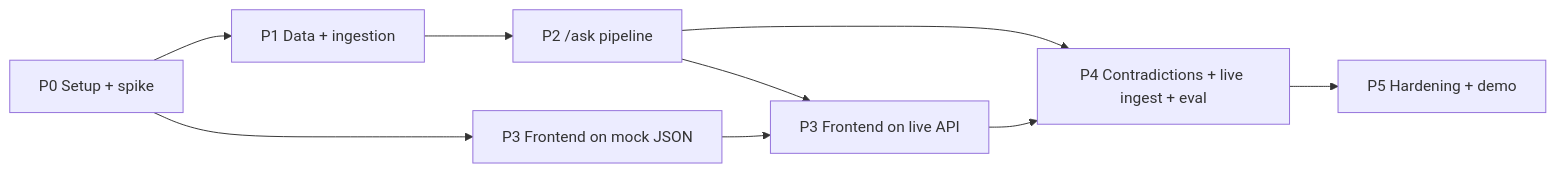
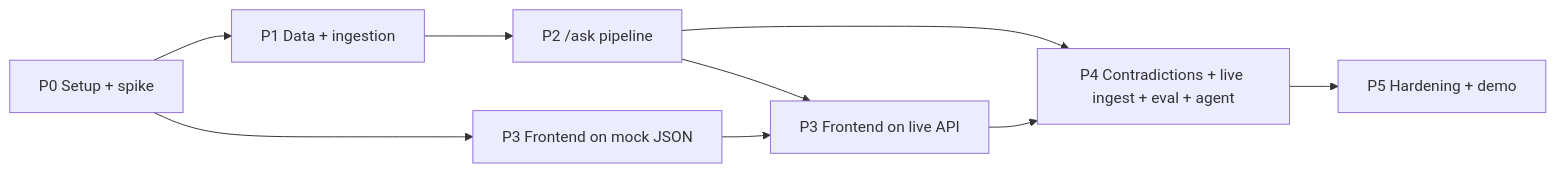
The diagram in docs/plan.md (icyzh/cognee_brain), drawn with Mermaid before and after one commit. The commit also changed other lines of this file and 1 other file, not shown here.

First line of the commit message:
Plan: add P4 agent access (MCP tool wrapping /ask)

````diff
--- a/docs/plan.md
+++ b/docs/plan.md
@@ -94,11 +94,11 @@
 ```mermaid
 flowchart LR
     P0["P0 Setup + spike"] --> P1["P1 Data + ingestion"]
     P1 --> P2["P2 /ask pipeline"]
     P0 --> P3a["P3 Frontend on mock JSON"]
     P2 --> P3b["P3 Frontend on live API"]
     P3a --> P3b
-    P2 --> P4["P4 Contradictions + live ingest + eval"]
+    P2 --> P4["P4 Contradictions + live ingest + eval + agent"]
     P3b --> P4
     P4 --> P5["P5 Hardening + demo"]
 ```
````
